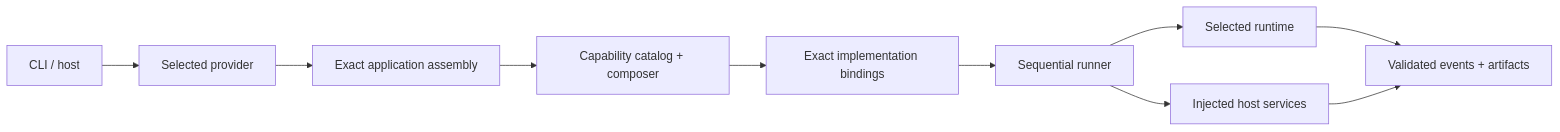
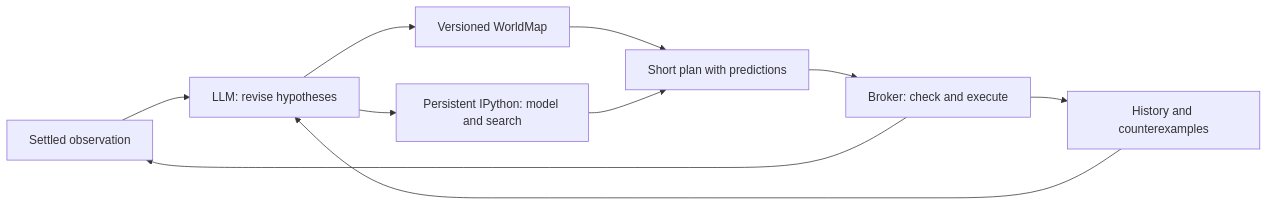
The diagram in README.md (uukuguy/asterion), drawn with Mermaid before and after one commit. The commit also changed other lines of this file and 6 other files, not shown here.

````diff
--- a/README.md
+++ b/README.md
@@ -23,12 +25,12 @@
 ```mermaid
 flowchart LR
-    H[CLI / host] --> P[Selected provider]
-    P --> A[Exact application assembly]
-    A --> C[Capability catalog + composer]
-    C --> I[Exact implementation bindings]
-    I --> R[Sequential runner]
-    R --> RT[Selected runtime]
-    R --> S[Injected host services]
-    RT --> E[Validated events + artifacts]
-    S --> E
+    O[Settled observation] --> L[LLM: revise hypotheses]
+    L --> W[Versioned WorldMap]
+    L --> P[Persistent IPython: model and search]
+    W --> A[Short plan with predictions]
+    P --> A
+    A --> B[Broker: check and execute]
+    B --> O
+    B --> E[History and counterexamples]
+    E --> L
 ```
````
